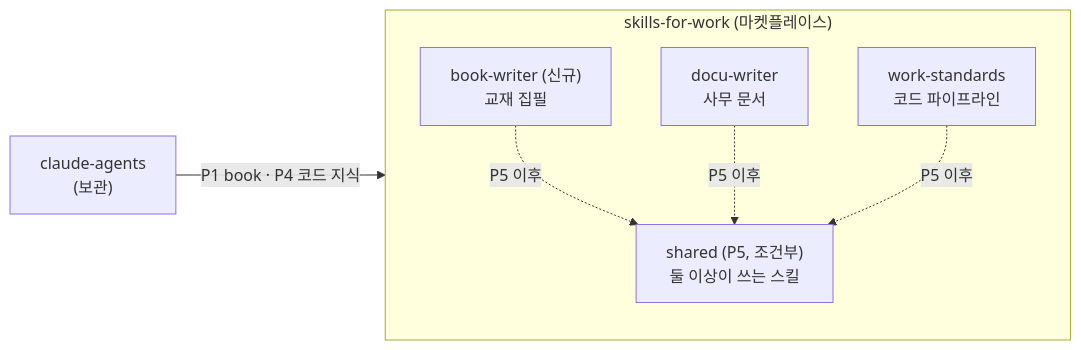
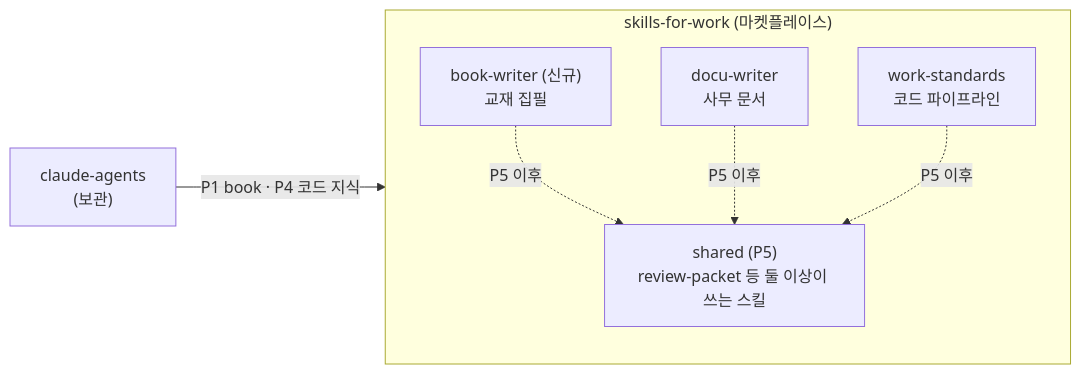
The diagram in docs/plans/2026-11-10-integrate-claude-agents.md (yarang/skills-for-work), drawn with Mermaid before and after one commit. The commit also changed other lines of this file and 1 other file, not shown here.

Commit message:
docs: 계획 §9 검토 꾸러미와 provider — 역할과 실행 레이어 분리, P5를 review-packet으로

````diff
--- a/docs/plans/2026-11-10-integrate-claude-agents.md
+++ b/docs/plans/2026-11-10-integrate-claude-agents.md
@@ -31,13 +31,13 @@
 ```mermaid
 flowchart LR
   subgraph MP["skills-for-work (마켓플레이스)"]
     WS["work-standards<br/>코드 파이프라인"]
     DW["docu-writer<br/>사무 문서"]
     BW["book-writer (신규)<br/>교재 집필"]
-    SH["shared (P5, 조건부)<br/>둘 이상이 쓰는 스킬"]
+    SH["shared (P5)<br/>review-packet 등 둘 이상이 쓰는 스킬"]
   end
   BW -. "P5 이후" .-> SH
   DW -. "P5 이후" .-> SH
   WS -. "P5 이후" .-> SH
   CA["claude-agents<br/>(보관)"] -->|"P1 book · P4 코드 지식"| MP
 ```
````
